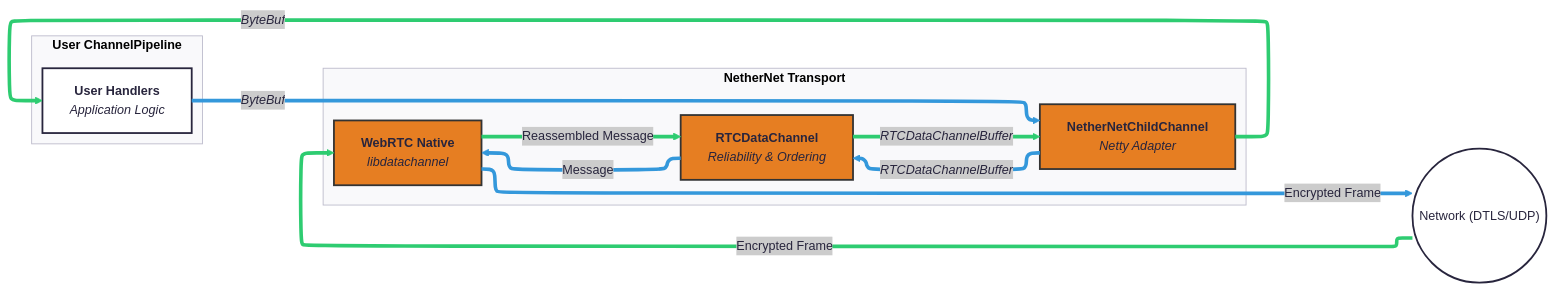
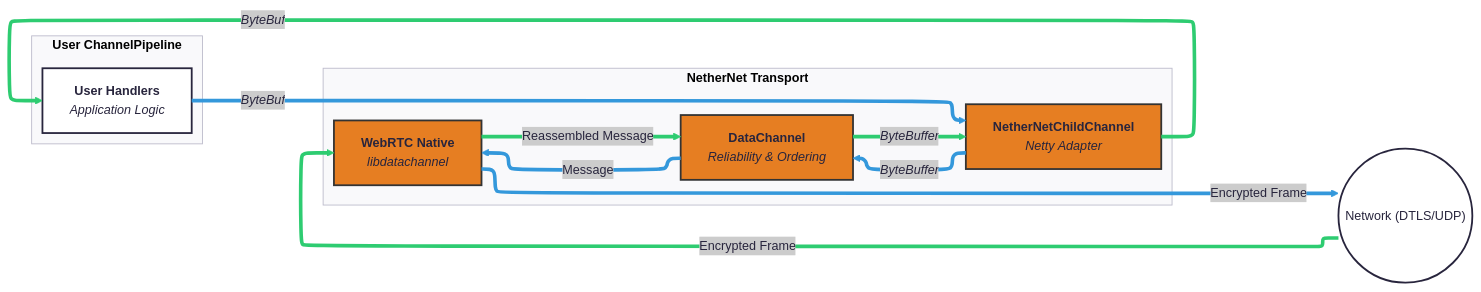
The diagram in .github/readme/nethernet_server_light.mmd (CloudburstMC/Network), drawn with Mermaid before and after one commit. The commit also changed 7 other files, not shown here.

Commit message:
Name the libdatachannel types in the NetherNet flow diagrams

```diff
--- a/.github/readme/nethernet_server_light.mmd
+++ b/.github/readme/nethernet_server_light.mmd
@@ -1,40 +1,40 @@
 ---
 config:
   layout: elk
   theme: redux
 ---
 flowchart LR
  subgraph TransportLayer["<b>NetherNet Transport</b>"]
     direction TB
     Native["<b>WebRTC Native</b><br><i>libdatachannel</i>"]
-    DataChannel["<b>RTCDataChannel</b><br><i>Reliability & Ordering</i>"]
+    DataChannel["<b>DataChannel</b><br><i>Reliability & Ordering</i>"]
     ChildChannel["<b>NetherNetChildChannel</b><br><i>Netty Adapter</i>"]
  end
  subgraph UserPipeline["<b>User ChannelPipeline</b>"]
     UserLogic["<b>User Handlers</b><br><i>Application Logic</i>"]
  end
     
     Network(("Network (DTLS/UDP)"))
     Network == Encrypted Frame ==> Native
     Native == Reassembled Message ==> DataChannel
-    DataChannel == <i>RTCDataChannelBuffer</i> ==> ChildChannel
+    DataChannel == <i>ByteBuffer</i> ==> ChildChannel
     ChildChannel == <i>ByteBuf</i> ==> UserLogic
     UserLogic == <i>ByteBuf</i> ==> ChildChannel
-    ChildChannel == <i>RTCDataChannelBuffer</i> ==> DataChannel
+    ChildChannel == <i>ByteBuffer</i> ==> DataChannel
     DataChannel == Message ==> Native
     Native == Encrypted Frame ==> Network
     Native:::shared
     DataChannel:::shared
     ChildChannel:::shared
     
     classDef shared fill:#e67e22,stroke:#333,stroke-width:2px
     
     linkStyle 0 stroke:#2ecc71,stroke-width:4px,color:#2ecc71
     linkStyle 1 stroke:#2ecc71,stroke-width:4px,color:#2ecc71
     linkStyle 2 stroke:#2ecc71,stroke-width:4px,color:#2ecc71
     linkStyle 3 stroke:#2ecc71,stroke-width:4px,color:#2ecc71
     
     linkStyle 4 stroke:#3498db,stroke-width:4px,color:#3498db
     linkStyle 5 stroke:#3498db,stroke-width:4px,color:#3498db
     linkStyle 6 stroke:#3498db,stroke-width:4px,color:#3498db
     linkStyle 7 stroke:#3498db,stroke-width:4px,color:#3498db
```
